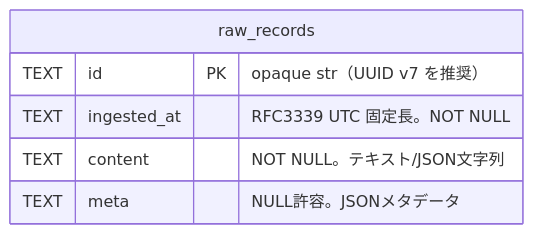
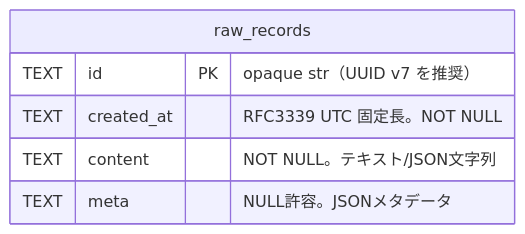
One commit to mkXultra/konkondb changed the diagram in docs/design/03_data_model.md. Above: the diagram before and after it, drawn with Mermaid. The commit also changed other lines of this file and 3 other files, not shown here.

````diff
--- a/docs/design/03_data_model.md
+++ b/docs/design/03_data_model.md
@@ -49,9 +49,9 @@
 ```mermaid
 erDiagram
     raw_records {
         TEXT id PK "opaque str（UUID v7 を推奨）"
-        TEXT ingested_at "RFC3339 UTC 固定長。NOT NULL"
+        TEXT created_at "RFC3339 UTC 固定長。NOT NULL"
         TEXT content "NOT NULL。テキスト/JSON文字列"
         TEXT meta "NULL許容。JSONメタデータ"
     }
 ```
````
